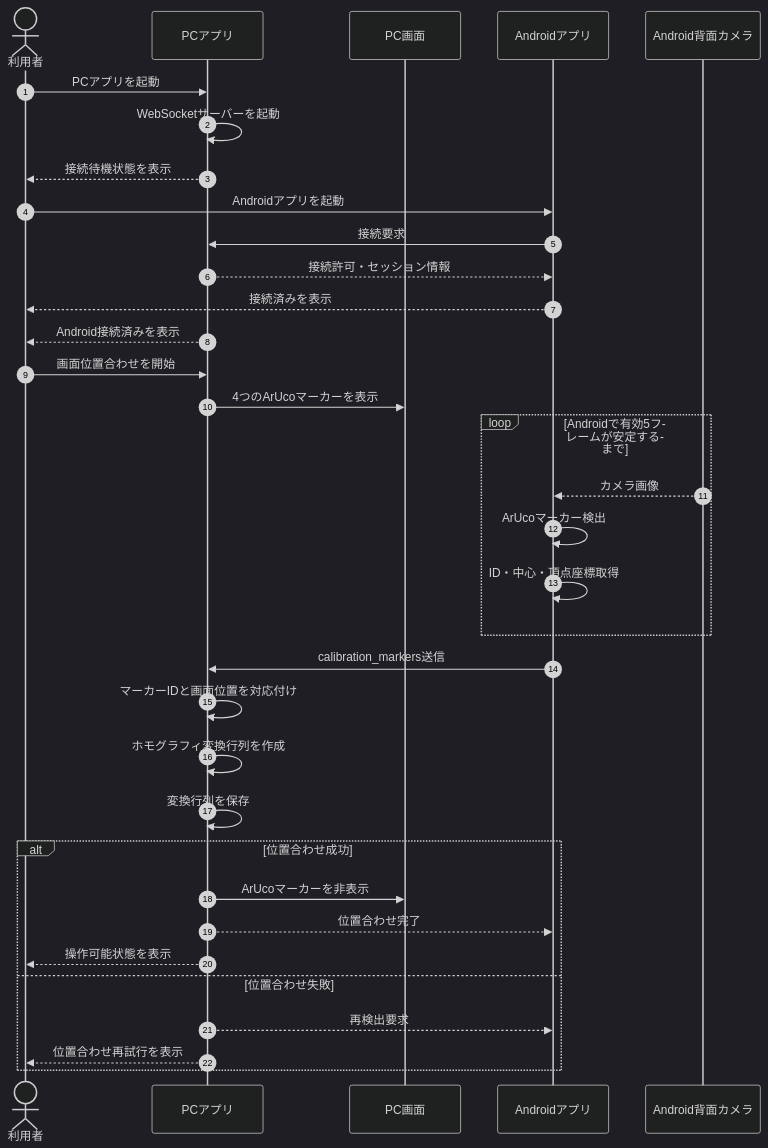
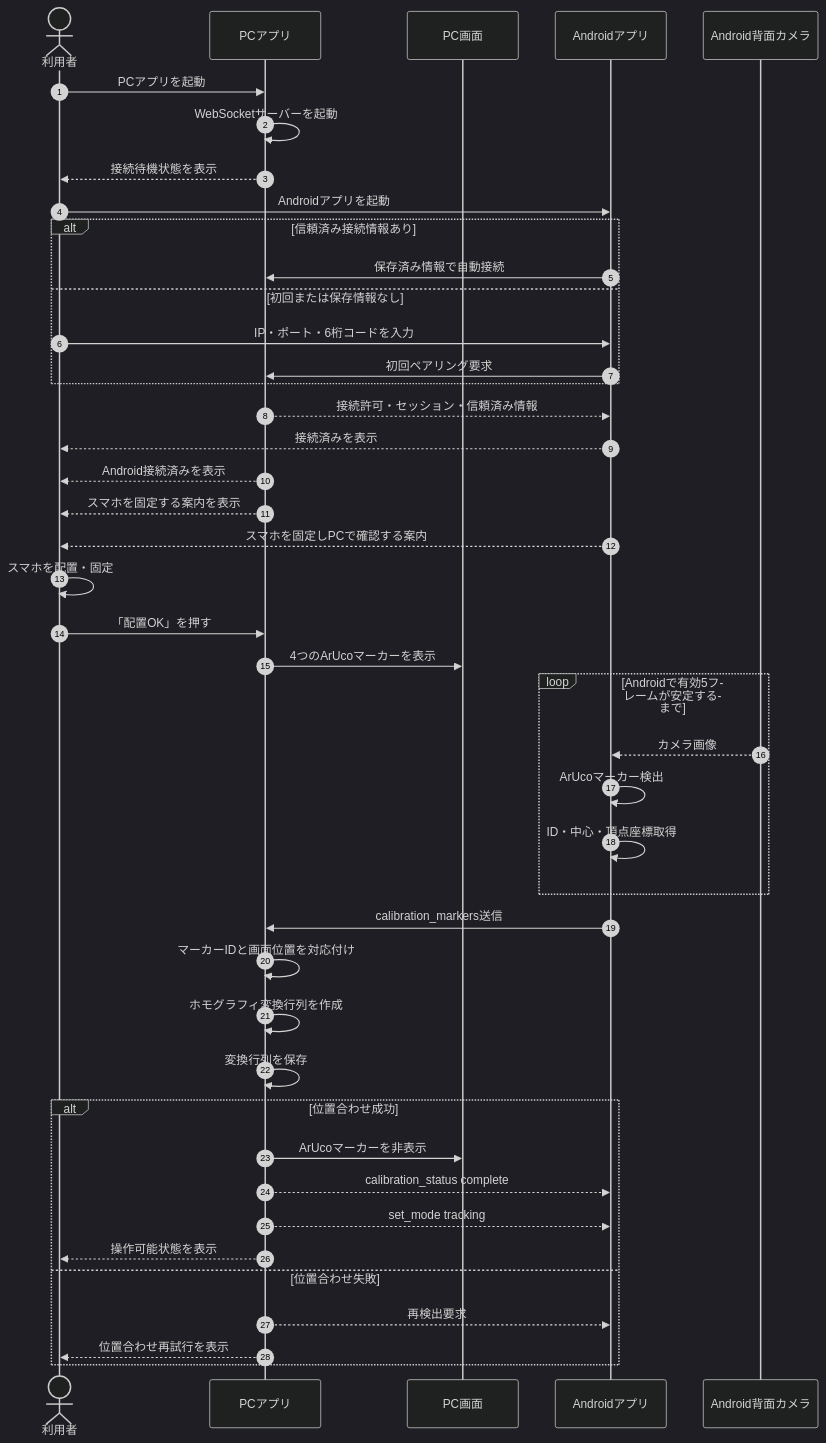
Diagram 13 of 38 in docs/system/system-requirements.md (KIT-DevelopersHub/screact), drawn with Mermaid (dark theme) before and after one commit. The commit also changed other lines of this file and 11 other files, not shown here.

````diff
--- a/docs/system/system-requirements.md
+++ b/docs/system/system-requirements.md
@@ -508,36 +527,45 @@
 ```mermaid
 sequenceDiagram
     autonumber
     actor User as 利用者
     participant PC as PCアプリ
     participant Screen as PC画面
     participant Android as Androidアプリ
     participant Camera as Android背面カメラ
     User->>PC: PCアプリを起動
     PC->>PC: WebSocketサーバーを起動
     PC-->>User: 接続待機状態を表示
     User->>Android: Androidアプリを起動
-    Android->>PC: 接続要求
-    PC-->>Android: 接続許可・セッション情報
+    alt 信頼済み接続情報あり
+        Android->>PC: 保存済み情報で自動接続
+    else 初回または保存情報なし
+        User->>Android: IP・ポート・6桁コードを入力
+        Android->>PC: 初回ペアリング要求
+    end
+    PC-->>Android: 接続許可・セッション・信頼済み情報
     Android-->>User: 接続済みを表示
     PC-->>User: Android接続済みを表示
-    User->>PC: 画面位置合わせを開始
+    PC-->>User: スマホを固定する案内を表示
+    Android-->>User: スマホを固定しPCで確認する案内
+    User->>User: スマホを配置・固定
+    User->>PC: 「配置OK」を押す
     PC->>Screen: 4つのArUcoマーカーを表示
     loop Androidで有効5フレームが安定するまで
         Camera-->>Android: カメラ画像
         Android->>Android: ArUcoマーカー検出
         Android->>Android: ID・中心・頂点座標取得
     end
     Android->>PC: calibration_markers送信
     PC->>PC: マーカーIDと画面位置を対応付け
     PC->>PC: ホモグラフィ変換行列を作成
     PC->>PC: 変換行列を保存
     alt 位置合わせ成功
         PC->>Screen: ArUcoマーカーを非表示
-        PC-->>Android: 位置合わせ完了
+        PC-->>Android: calibration_status complete
+        PC-->>Android: set_mode tracking
         PC-->>User: 操作可能状態を表示
     else 位置合わせ失敗
         PC-->>Android: 再検出要求
         PC-->>User: 位置合わせ再試行を表示
     end
 ```
````
